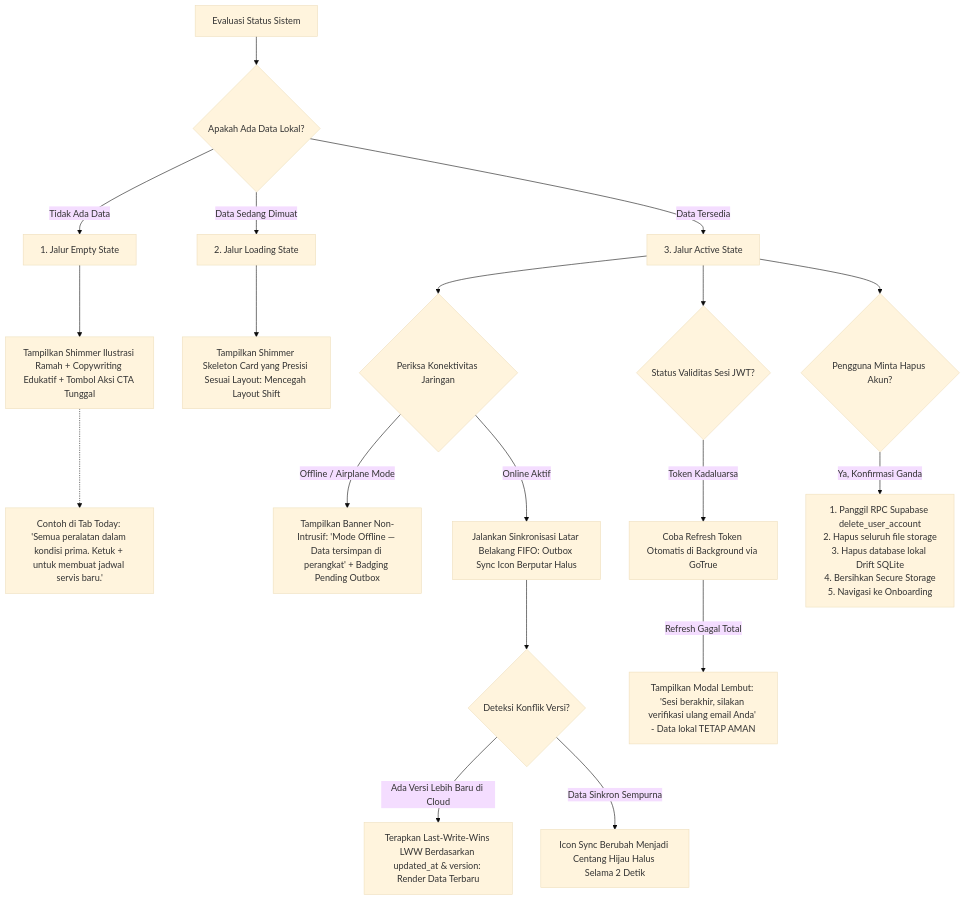
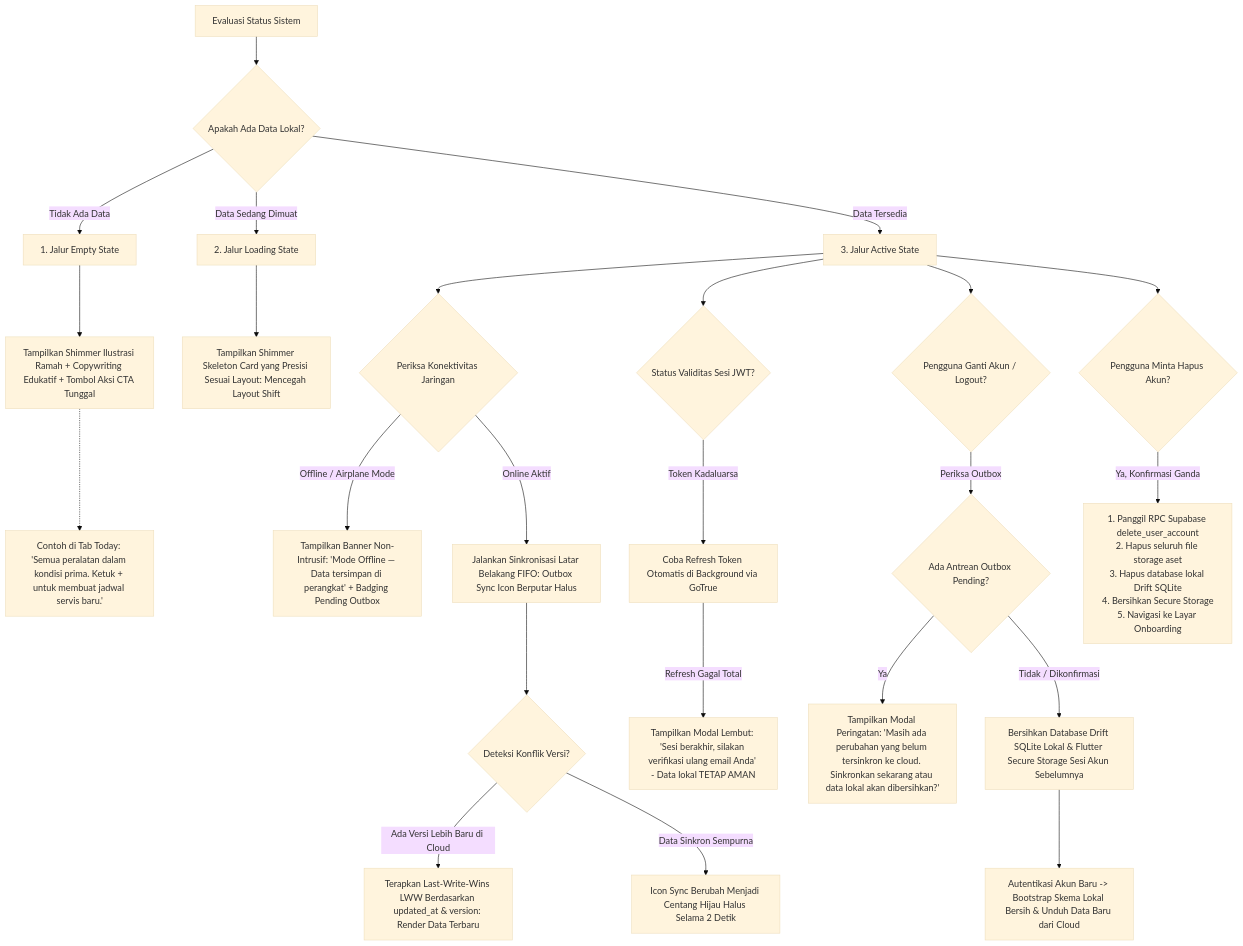
One commit to andresanjaya/rootin changed the eighth of 8 diagrams in docs/03-mobile-ux.md. Above: the diagram before and after it, drawn with Mermaid (base theme). The commit also changed other lines of this file, not shown here.

Commit message:
docs(ux): design information architecture and mobile user flows

````diff
--- a/docs/03-mobile-ux.md
+++ b/docs/03-mobile-ux.md
@@ -475,29 +475,35 @@
 ```mermaid
 graph TD
     SystemState[Evaluasi Status Sistem] --> CheckData{Apakah Ada Data Lokal?}
 
     CheckData -->|Tidak Ada Data| EmptyBranch[1. Jalur Empty State]
     CheckData -->|Data Sedang Dimuat| LoadingBranch[2. Jalur Loading State]
     CheckData -->|Data Tersedia| ActiveBranch[3. Jalur Active State]
 
     EmptyBranch --> EmptyUI[Tampilkan Shimmer Ilustrasi Ramah + Copywriting Edukatif + Tombol Aksi CTA Tunggal]
     note1[Contoh di Tab Today: 'Semua peralatan dalam kondisi prima. Ketuk + untuk membuat jadwal servis baru.']
     EmptyUI -.-> note1
 
     LoadingBranch --> SkeletonUI[Tampilkan Shimmer Skeleton Card yang Presisi Sesuai Layout: Mencegah Layout Shift]
 
     ActiveBranch --> NetCheck{Periksa Konektivitas Jaringan}
     NetCheck -->|Offline / Airplane Mode| OfflineUI[Tampilkan Banner Non-Intrusif: 'Mode Offline — Data tersimpan di perangkat' + Badging Pending Outbox]
     NetCheck -->|Online Aktif| SyncUI[Jalankan Sinkronisasi Latar Belakang FIFO: Outbox Sync Icon Berputar Halus]
 
     SyncUI --> ConflictCheck{Deteksi Konflik Versi?}
     ConflictCheck -->|Ada Versi Lebih Baru di Cloud| LWWResolve[Terapkan Last-Write-Wins LWW Berdasarkan updated_at & version: Render Data Terbaru]
     ConflictCheck -->|Data Sinkron Sempurna| NormalSync[Icon Sync Berubah Menjadi Centang Hijau Halus Selama 2 Detik]
 
     ActiveBranch --> SessionCheck{Status Validitas Sesi JWT?}
     SessionCheck -->|Token Kadaluarsa| RefreshFlow[Coba Refresh Token Otomatis di Background via GoTrue]
     RefreshFlow -->|Refresh Gagal Total| SoftLogout[Tampilkan Modal Lembut: 'Sesi berakhir, silakan verifikasi ulang email Anda' - Data lokal TETAP AMAN]
 
+    ActiveBranch --> SwitchCheck{Pengguna Ganti Akun / Logout?}
+    SwitchCheck -->|Periksa Outbox| OutboxCheck{Ada Antrean Outbox Pending?}
+    OutboxCheck -->|Ya| WarnOutbox[Tampilkan Modal Peringatan: 'Masih ada perubahan yang belum tersinkron ke cloud. Sinkronkan sekarang atau data lokal akan dibersihkan?']
+    OutboxCheck -->|Tidak / Dikonfirmasi| ClearLocal[Bersihkan Database Drift SQLite Lokal & Flutter Secure Storage Sesi Akun Sebelumnya]
+    ClearLocal --> InitNewUser[Autentikasi Akun Baru -> Bootstrap Skema Lokal Bersih & Unduh Data Baru dari Cloud]
+
     ActiveBranch --> DangerAction{Pengguna Minta Hapus Akun?}
-    DangerAction -->|Ya, Konfirmasi Ganda| DeleteAccountFlow[1. Panggil RPC Supabase delete_user_account<br/>2. Hapus seluruh file storage<br/>3. Hapus database lokal Drift SQLite<br/>4. Bersihkan Secure Storage<br/>5. Navigasi ke Onboarding]
+    DangerAction -->|Ya, Konfirmasi Ganda| DeleteAccountFlow[1. Panggil RPC Supabase delete_user_account<br/>2. Hapus seluruh file storage aset<br/>3. Hapus database lokal Drift SQLite<br/>4. Bersihkan Secure Storage<br/>5. Navigasi ke Layar Onboarding]
 ```
````
